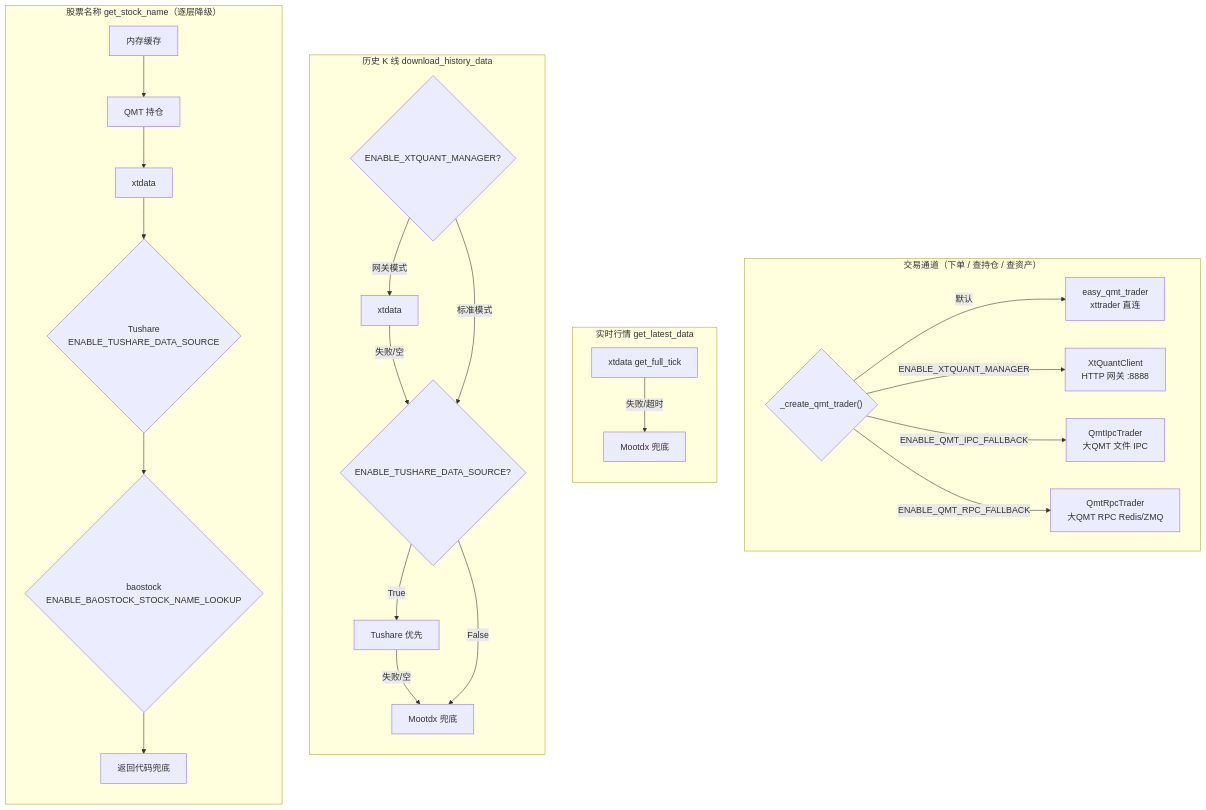
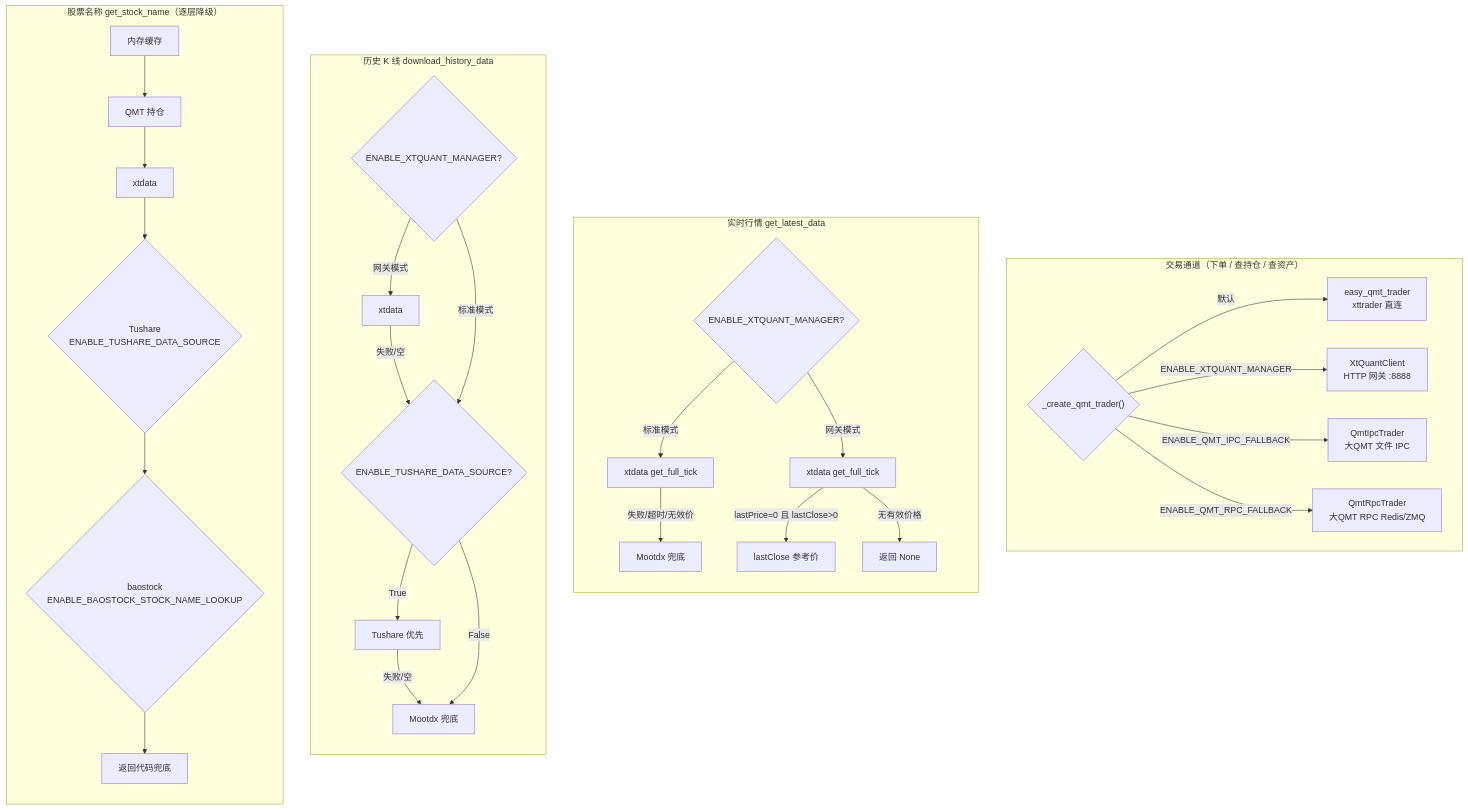
One commit to akwewak/miniQMT changed the second of 2 diagrams in docs/site/miniqmt/configuration.md. Above: the diagram before and after it, drawn with Mermaid. The commit also changed other lines of this file and 3 other files, not shown here.

````diff
--- a/docs/site/miniqmt/configuration.md
+++ b/docs/site/miniqmt/configuration.md
@@ -73,32 +73,37 @@
 ```mermaid
 flowchart TD
     subgraph CH["交易通道（下单 / 查持仓 / 查资产）"]
         direction LR
         F{"_create_qmt_trader()"}
         F -->|默认| EASY["easy_qmt_trader<br/>xttrader 直连"]
         F -->|ENABLE_XTQUANT_MANAGER| XQM["XtQuantClient<br/>HTTP 网关 :8888"]
         F -->|ENABLE_QMT_IPC_FALLBACK| IPC["QmtIpcTrader<br/>大QMT 文件 IPC"]
         F -->|ENABLE_QMT_RPC_FALLBACK| RPC["QmtRpcTrader<br/>大QMT RPC Redis/ZMQ"]
     end
 
     subgraph RT["实时行情 get_latest_data"]
         direction TB
-        RT1["xtdata get_full_tick"] -->|失败/超时| RT2["Mootdx 兜底"]
+        RT0{"ENABLE_XTQUANT_MANAGER?"}
+        RT0 -->|标准模式| RT1["xtdata get_full_tick"]
+        RT1 -->|失败/超时/无效价| RT2["Mootdx 兜底"]
+        RT0 -->|网关模式| RT3["xtdata get_full_tick"]
+        RT3 -->|lastPrice=0 且 lastClose>0| RT4["lastClose 参考价"]
+        RT3 -->|无有效价格| RT5["返回 None"]
     end
 
     subgraph HIS["历史 K 线 download_history_data"]
         direction TB
         HGW{"ENABLE_XTQUANT_MANAGER?"}
         HGW -->|网关模式| HXT["xtdata"]
         HXT -->|失败/空| HTS{"ENABLE_TUSHARE_DATA_SOURCE?"}
         HGW -->|标准模式| HTS
         HTS -->|True| HTS2["Tushare 优先"]
         HTS2 -->|失败/空| HMO["Mootdx 兜底"]
         HTS -->|False| HMO
     end
 
     subgraph NAME["股票名称 get_stock_name（逐层降级）"]
         direction TB
         N1["内存缓存"] --> N2["QMT 持仓"] --> N3["xtdata"] --> N4{"Tushare<br/>ENABLE_TUSHARE_DATA_SOURCE"} --> N5{"baostock<br/>ENABLE_BAOSTOCK_STOCK_NAME_LOOKUP"} --> N6["返回代码兜底"]
     end
 ```
````
